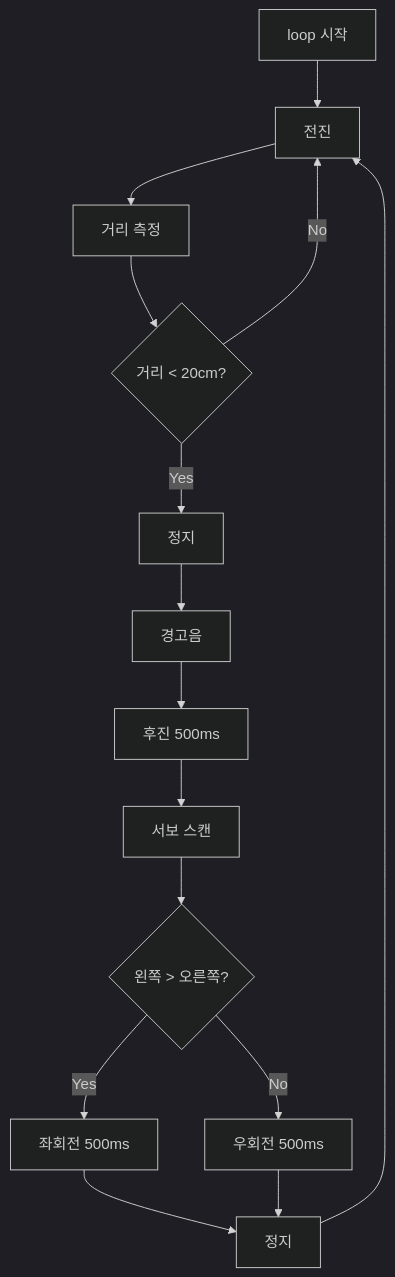
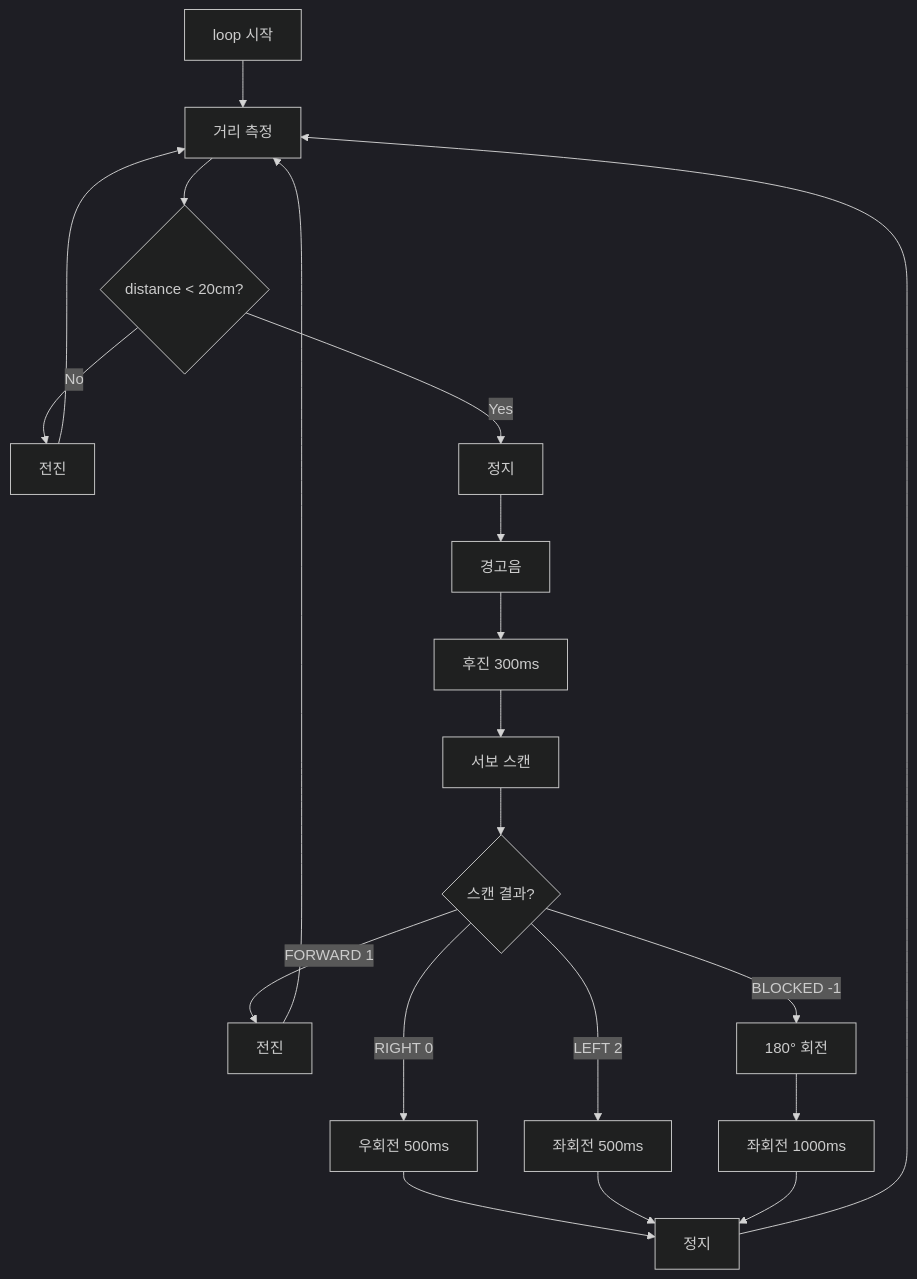
One commit to Collegenie-X/Arduino_AutoPlot changed diagram 12 of 20 in document/algorithms_flowchart.md. Above: the diagram before and after it, drawn with Mermaid (dark theme). The commit also changed other lines of this file and 3 other files, not shown here.

````diff
--- a/document/algorithms_flowchart.md
+++ b/document/algorithms_flowchart.md
@@ -263,17 +332,26 @@
 ```mermaid
 flowchart TD
-    A[loop 시작] --> B[전진]
-    B --> C[거리 측정]
-    C --> D{거리 < 20cm?}
-    D -->|No| B
-    D -->|Yes| E[정지]
+    A[loop 시작] --> B[거리 측정]
+    B --> C{distance < 20cm?}
+    
+    C -->|No| D[전진]
+    D --> B
+    
+    C -->|Yes| E[정지]
     E --> F[경고음]
-    F --> G[후진 500ms]
+    F --> G[후진 300ms]
     G --> H[서보 스캔]
-    H --> I{왼쪽 > 오른쪽?}
-    I -->|Yes| J[좌회전 500ms]
-    I -->|No| K[우회전 500ms]
-    J --> L[정지]
-    K --> L
+    H --> I{스캔 결과?}
+    
+    I -->|RIGHT 0| J[우회전 500ms]
+    I -->|LEFT 2| K[좌회전 500ms]
+    I -->|FORWARD 1| L[전진]
+    I -->|BLOCKED -1| M[180° 회전]
+    
+    J --> N[정지]
+    K --> N
     L --> B
+    M --> O[좌회전 1000ms]
+    O --> N
+    N --> B
 ```
````
